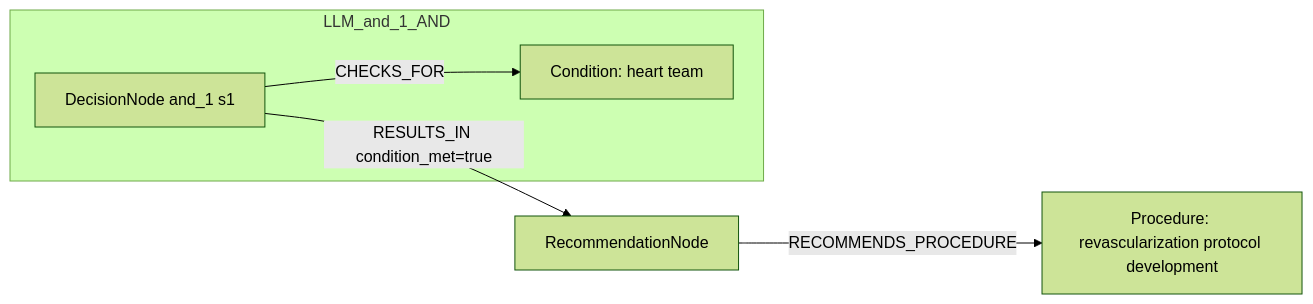
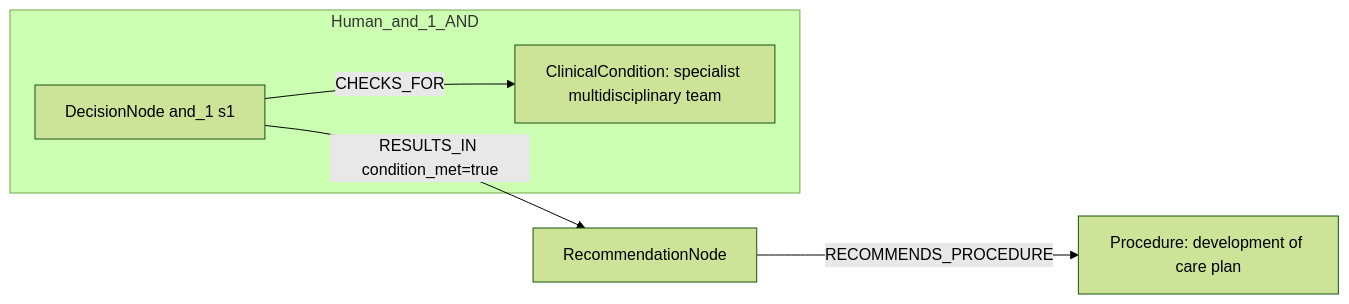
The first of 2 diagrams in docs/table22_rows_comparison/row_05.md (dieterich-lab/CardioGuidelinesGraph), drawn with Mermaid (forest theme) before and after one commit. The commit also changed other lines of this file and 27 other files, not shown here.

````diff
--- a/docs/table22_rows_comparison/row_05.md
+++ b/docs/table22_rows_comparison/row_05.md
@@ -176,12 +74,12 @@
 ```mermaid
 graph LR
   REC[RecommendationNode]
-  ACT1[Procedure: revascularization protocol development]
+  ACT1[Procedure: development of care plan]
   REC -->|RECOMMENDS_PROCEDURE| ACT1
-  subgraph LLM_and_1_AND
+  subgraph Human_and_1_AND
     D_and_1_1[DecisionNode and_1 s1]
-    C_and_1_1[Condition: heart team]
+    C_and_1_1[ClinicalCondition: specialist multidisciplinary team]
     D_and_1_1 -->|CHECKS_FOR| C_and_1_1
   end
   D_and_1_1 -->|RESULTS_IN condition_met=true| REC
 ```
````
